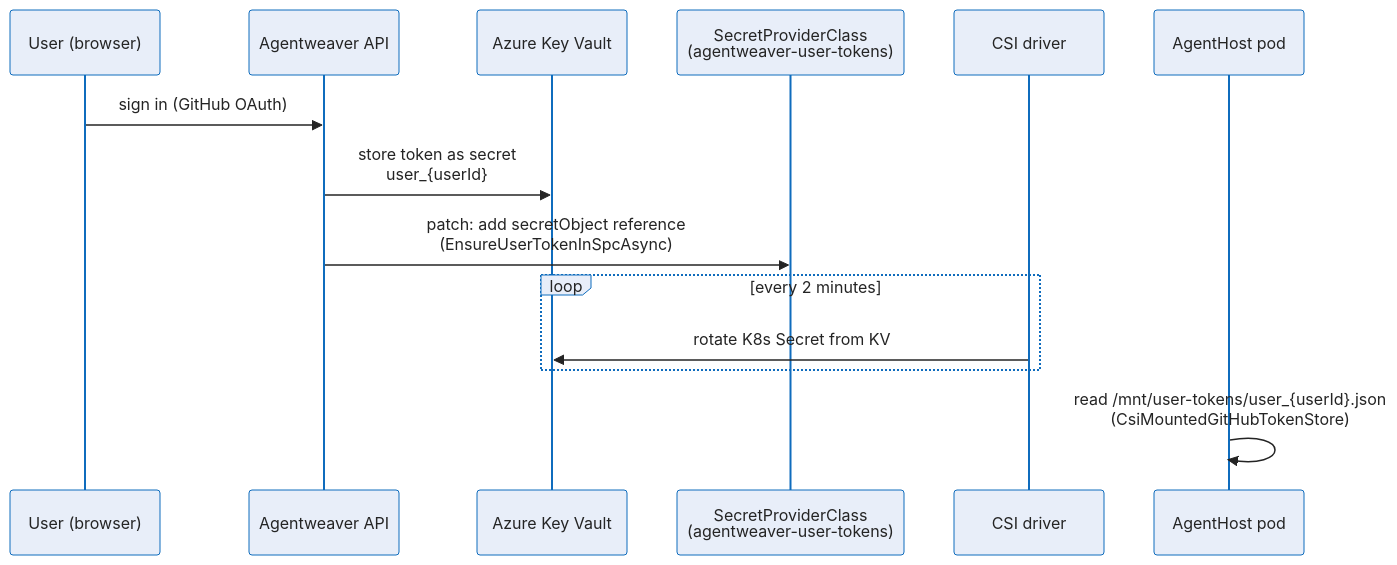
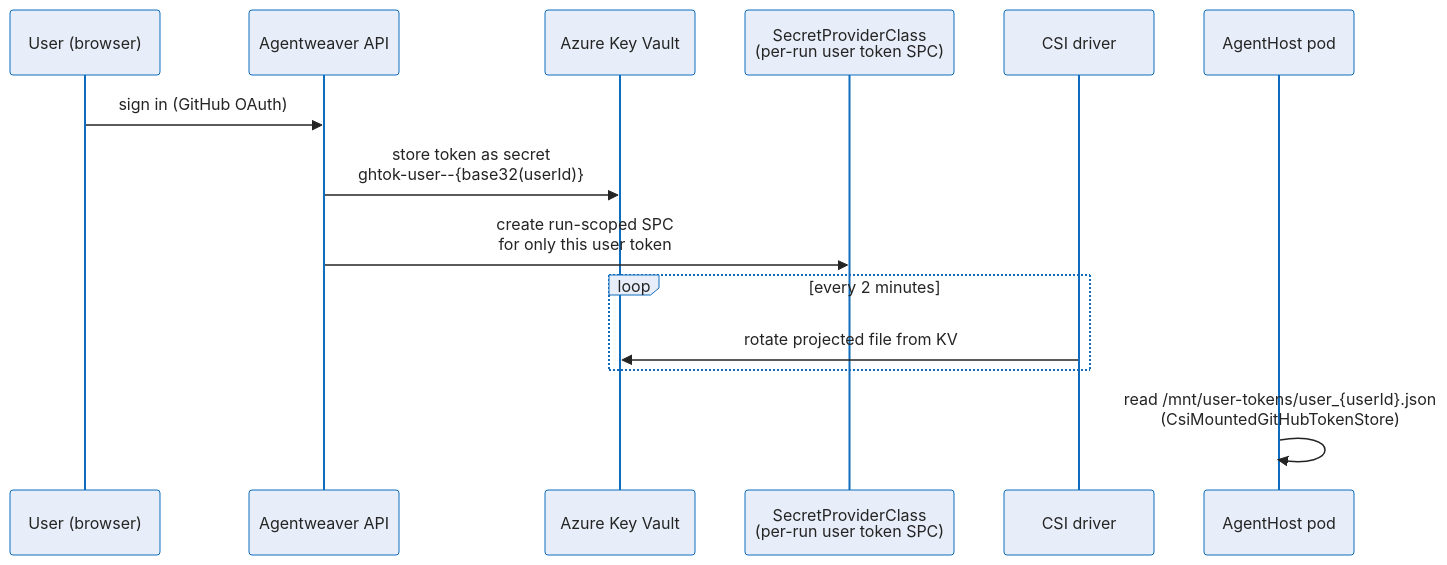
One commit to sabbour/agentweaver changed the seventh of 7 diagrams in docs/deep-dive/auth-security.md. Above: the diagram before and after it, drawn with Mermaid. The commit also changed other lines of this file and 39 other files, not shown here.

First line of the commit message:
security: per-user GitHub token isolation and AgentHost SPC hardening

````diff
--- a/docs/deep-dive/auth-security.md
+++ b/docs/deep-dive/auth-security.md
@@ -614,18 +615,18 @@
 ```mermaid
 %%{init: {'theme':'base','themeVariables':{'fontFamily':'Segoe UI, system-ui, -apple-system, sans-serif','fontSize':'15px','primaryColor':'#E8EEF9','primaryBorderColor':'#0F6CBD','primaryTextColor':'#242424','lineColor':'#605E5C','clusterBkg':'#FAF9F8','clusterBorder':'#D2D0CE','edgeLabelBackground':'#FFFFFF'}}}%%
 sequenceDiagram
     participant User as User (browser)
     participant API as Agentweaver API
     participant KV as Azure Key Vault
-    participant SPC as SecretProviderClass<br/>(agentweaver-user-tokens)
+    participant SPC as SecretProviderClass<br/>(per-run user token SPC)
     participant CSI as CSI driver
     participant Pod as AgentHost pod
 
     User->>API: sign in (GitHub OAuth)
-    API->>KV: store token as secret<br/>user_{userId}
-    API->>SPC: patch: add secretObject reference<br/>(EnsureUserTokenInSpcAsync)
+    API->>KV: store token as secret<br/>ghtok-user--{base32(userId)}
+    API->>SPC: create run-scoped SPC<br/>for only this user token
     loop every 2 minutes
-        CSI->>KV: rotate K8s Secret from KV
+        CSI->>KV: rotate projected file from KV
     end
     Pod->>Pod: read /mnt/user-tokens/user_{userId}.json<br/>(CsiMountedGitHubTokenStore)
 ```
````
